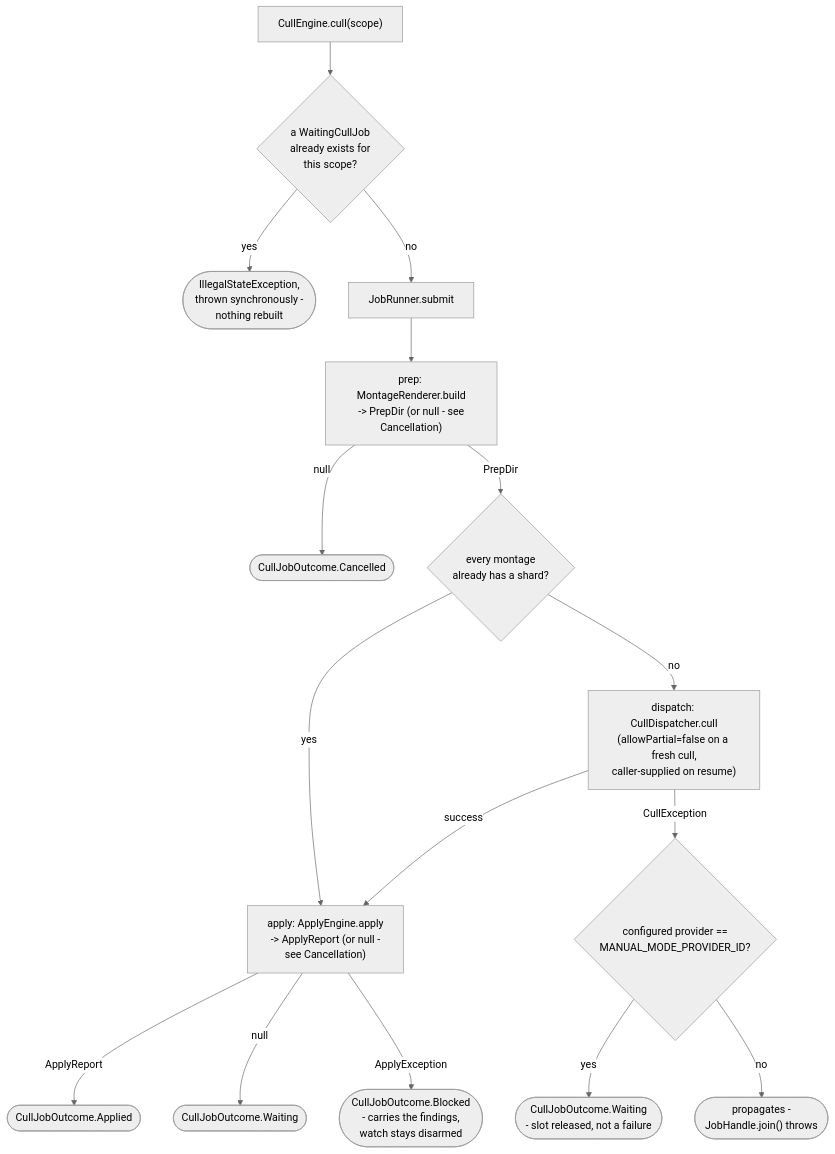
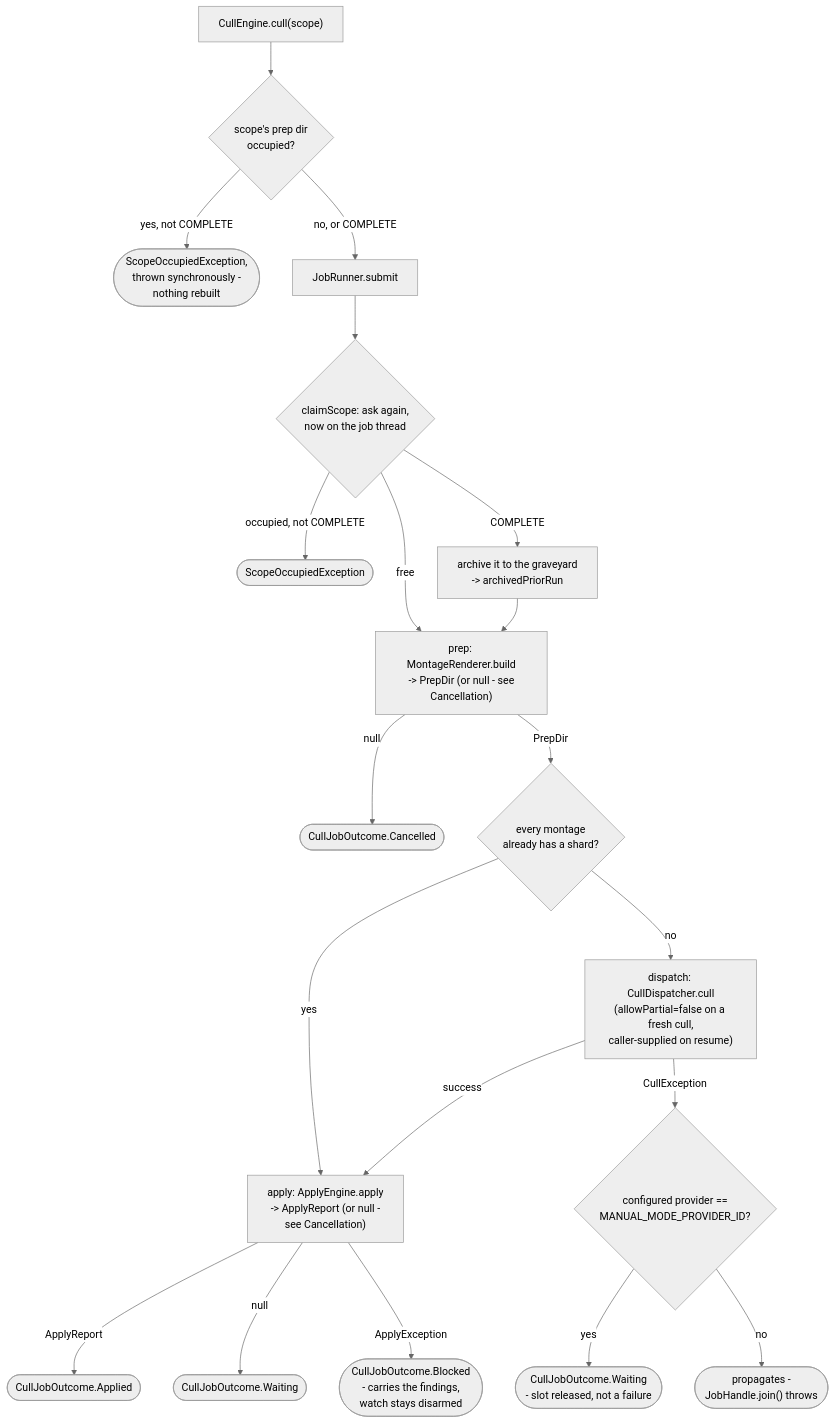
One commit to AdrianNachev91/sluice changed the first of 3 diagrams in app/docs/design/application/service/cull-engine.md. Above: the diagram before and after it, drawn with Mermaid (neutral theme). The commit also changed other lines of this file and 31 other files, not shown here.

````diff
--- a/app/docs/design/application/service/cull-engine.md
+++ b/app/docs/design/application/service/cull-engine.md
@@ -25,18 +91,23 @@
 ```mermaid
 flowchart TD
-    A["CullEngine.cull(scope)"] --> W{"a WaitingCullJob<br/>already exists for<br/>this scope?"}
-    W -- "yes" --> WZ(["IllegalStateException,<br/>thrown synchronously -<br/>nothing rebuilt"])
-    W -- "no" --> B["JobRunner.submit"]
-    B --> P["prep: MontageRenderer.build<br/>-> PrepDir (or null - see<br/>Cancellation)"]
+    A["CullEngine.cull(scope)"] --> W{"scope's prep dir<br/>occupied?"}
+    W -- "yes, not COMPLETE" --> WZ(["ScopeOccupiedException,<br/>thrown synchronously -<br/>nothing rebuilt"])
+    W -- "no, or COMPLETE" --> B["JobRunner.submit"]
+    B --> CS{"claimScope: ask again,<br/>now on the job thread"}
+    CS -- "occupied, not COMPLETE" --> WZ2(["ScopeOccupiedException"])
+    CS -- "COMPLETE" --> WA["archive it to the graveyard<br/>-> archivedPriorRun"]
+    CS -- "free" --> P
+    WA --> P
+    P["prep: MontageRenderer.build<br/>-> PrepDir (or null - see<br/>Cancellation)"]
     P -- "null" --> PZ(["CullJobOutcome.Cancelled"])
     P -- "PrepDir" --> S{"every montage<br/>already has a shard?"}
     S -- "yes" --> AP["apply: ApplyEngine.apply<br/>-> ApplyReport (or null -<br/>see Cancellation)"]
     S -- "no" --> D["dispatch: CullDispatcher.cull<br/>(allowPartial=false on a fresh cull,<br/>caller-supplied on resume)"]
     D -- "success" --> AP
     AP -- "ApplyReport" --> APP(["CullJobOutcome.Applied"])
     AP -- "null" --> APZ(["CullJobOutcome.Waiting"])
     AP -- "ApplyException" --> APB(["CullJobOutcome.Blocked<br/>- carries the findings,<br/>watch stays disarmed"])
     D -- "CullException" --> M{"configured provider ==<br/>MANUAL_MODE_PROVIDER_ID?"}
     M -- "yes" --> WT(["CullJobOutcome.Waiting<br/>- slot released, not a failure"])
     M -- "no" --> RT(["propagates -<br/>JobHandle.join() throws"])
 ```
````
